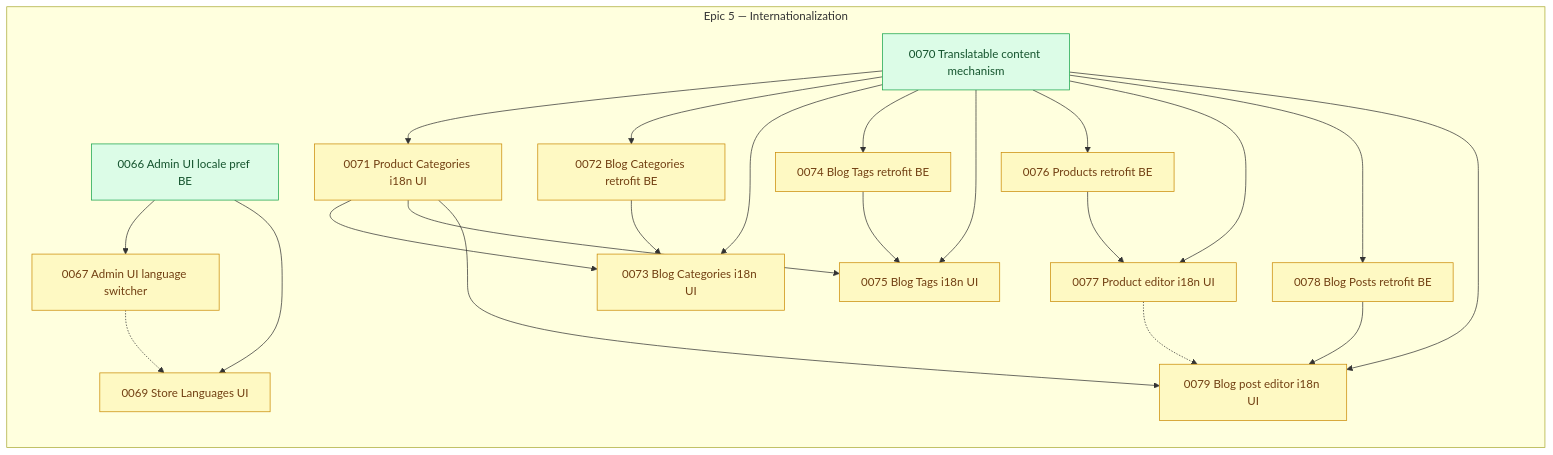
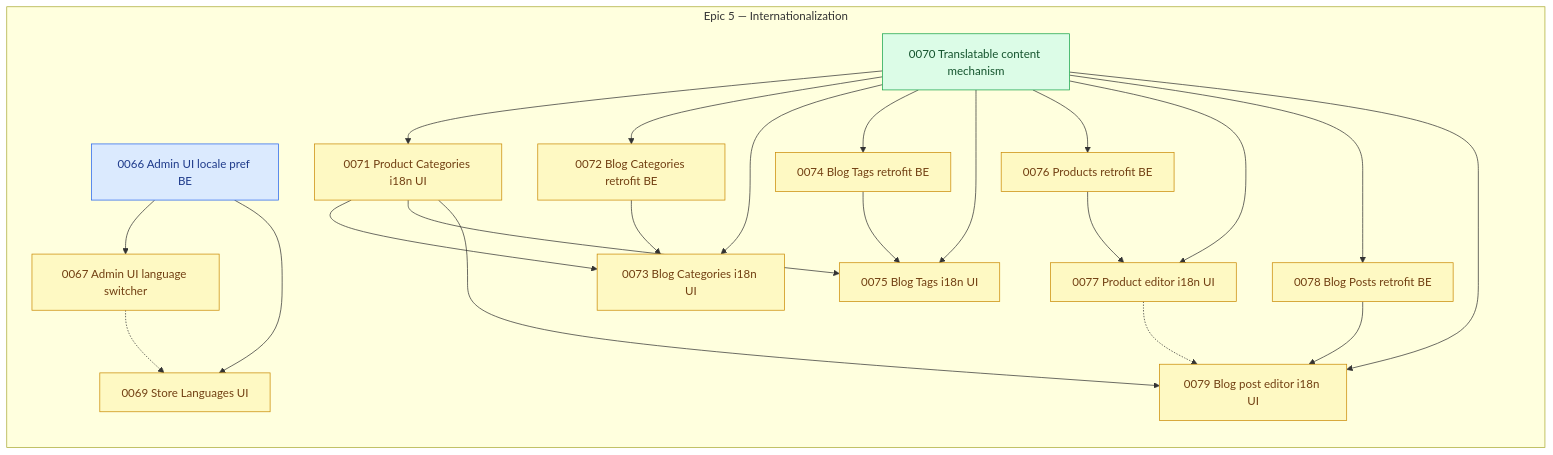
The diagram in arospe/ai-spec/tasks-map.md (shojen/AI4Devs-finalproject), drawn with Mermaid before and after one commit. The commit also changed other lines of this file and 4 other files, not shown here.

````diff
--- a/arospe/ai-spec/tasks-map.md
+++ b/arospe/ai-spec/tasks-map.md
@@ -418,5 +420,6 @@
     P0070 --> P0079
 
     class P0067,P0069,P0071,P0072,P0073,P0074,P0075,P0076,P0077,P0078,P0079 pending;
-    class P0066,P0070 ready;
+    class P0070 ready;
+    class P0066 claimed;
 ```
````
